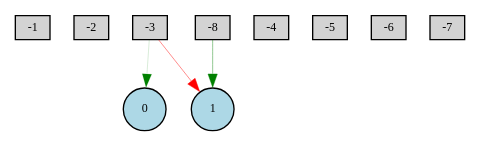
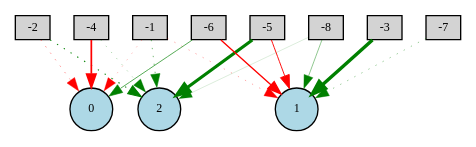
One commit to BhargavaGowda/NEAT-GymPython changed the diagram in Digraph.gv. Above: the diagram before and after it, drawn with Graphviz. The commit also changed 11 other files, not shown here.

```diff
--- a/Digraph.gv
+++ b/Digraph.gv
@@ -1,16 +1,29 @@
 digraph {
 	node [fontsize=9 height=0.2 shape=circle width=0.2]
 	-1 [fillcolor=lightgray shape=box style=filled]
 	-2 [fillcolor=lightgray shape=box style=filled]
 	-3 [fillcolor=lightgray shape=box style=filled]
 	-4 [fillcolor=lightgray shape=box style=filled]
 	-5 [fillcolor=lightgray shape=box style=filled]
 	-6 [fillcolor=lightgray shape=box style=filled]
 	-7 [fillcolor=lightgray shape=box style=filled]
 	-8 [fillcolor=lightgray shape=box style=filled]
 	0 [fillcolor=lightblue style=filled]
 	1 [fillcolor=lightblue style=filled]
-	-8 -> 1 [color=green penwidth=0.3223932814521969 style=solid]
-	-3 -> 1 [color=red penwidth=0.34251456876170444 style=solid]
-	-3 -> 0 [color=green penwidth=0.12015660081709091 style=solid]
+	2 [fillcolor=lightblue style=filled]
+	-1 -> 2 [color=green penwidth=0.40718450670501205 style=dotted]
+	-6 -> 1 [color=red penwidth=1.0015227888728286 style=solid]
+	-2 -> 2 [color=green penwidth=0.8163845657935528 style=dotted]
+	-5 -> 2 [color=green penwidth=2.356328379519825 style=solid]
+	-5 -> 1 [color=red penwidth=0.7022737946721932 style=solid]
+	-8 -> 2 [color=green penwidth=0.1067585450217875 style=solid]
+	-3 -> 1 [color=green penwidth=2.5795787005536996 style=solid]
+	-1 -> 1 [color=red penwidth=0.2551091708097152 style=dotted]
+	-1 -> 0 [color=red penwidth=0.19894839750349122 style=dotted]
+	-7 -> 1 [color=green penwidth=0.32461879040635805 style=dotted]
+	-4 -> 0 [color=red penwidth=1.286055798626884 style=solid]
+	-4 -> 2 [color=green penwidth=0.23148583723352575 style=dotted]
+	-2 -> 0 [color=red penwidth=0.3453457984849147 style=dotted]
+	-8 -> 1 [color=green penwidth=0.33244270442712454 style=solid]
+	-6 -> 0 [color=green penwidth=0.501394745971503 style=solid]
 }
```
